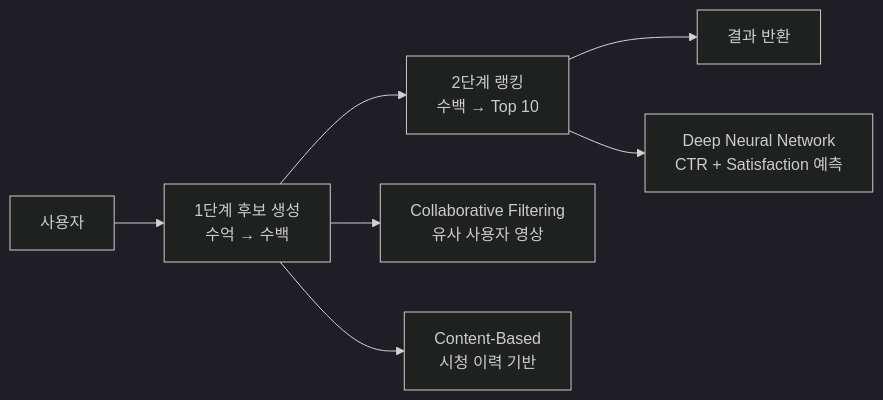
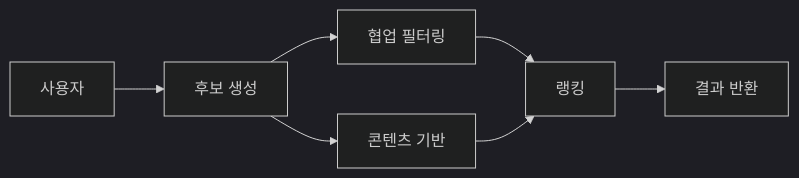
The eighth of 12 diagrams in _posts/systemdesign/2026-05-03-system-design-video-streaming.md (yjkim2015/yjkim2015.github.io), drawn with Mermaid (dark theme) before and after one commit. The commit also changed other lines of this file and 245 other files, not shown here.

First line of the commit message:
Mermaid 다이어그램 전면 수정 + 면접 포인트 접기/펼치기 + DB 데드락 페이지

````diff
--- a/_posts/systemdesign/2026-05-03-system-design-video-streaming.md
+++ b/_posts/systemdesign/2026-05-03-system-design-video-streaming.md
@@ -557,9 +557,9 @@
 ```mermaid
 graph LR
-    USER[사용자] --> CAN[1단계 후보 생성<br/>수억 → 수백]
-    CAN --> RNK[2단계 랭킹<br/>수백 → Top 10]
+    USER[사용자] --> CAN[후보 생성]
+    CAN --> CF[협업 필터링]
+    CAN --> CB[콘텐츠 기반]
+    CF --> RNK[랭킹]
+    CB --> RNK
     RNK --> RES[결과 반환]
-    CAN --> CF[Collaborative Filtering<br/>유사 사용자 영상]
-    CAN --> CB[Content-Based<br/>시청 이력 기반]
-    RNK --> DNN[Deep Neural Network<br/>CTR + Satisfaction 예측]
 ```
````
